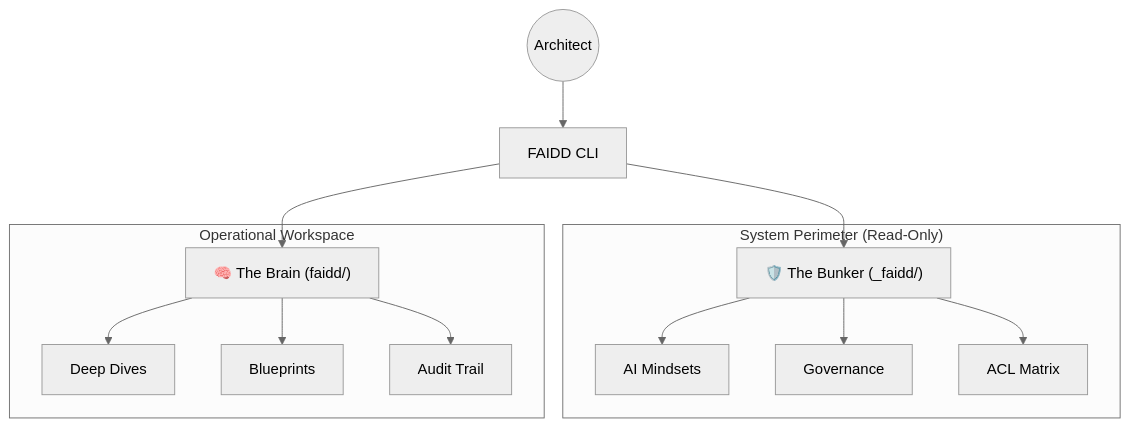
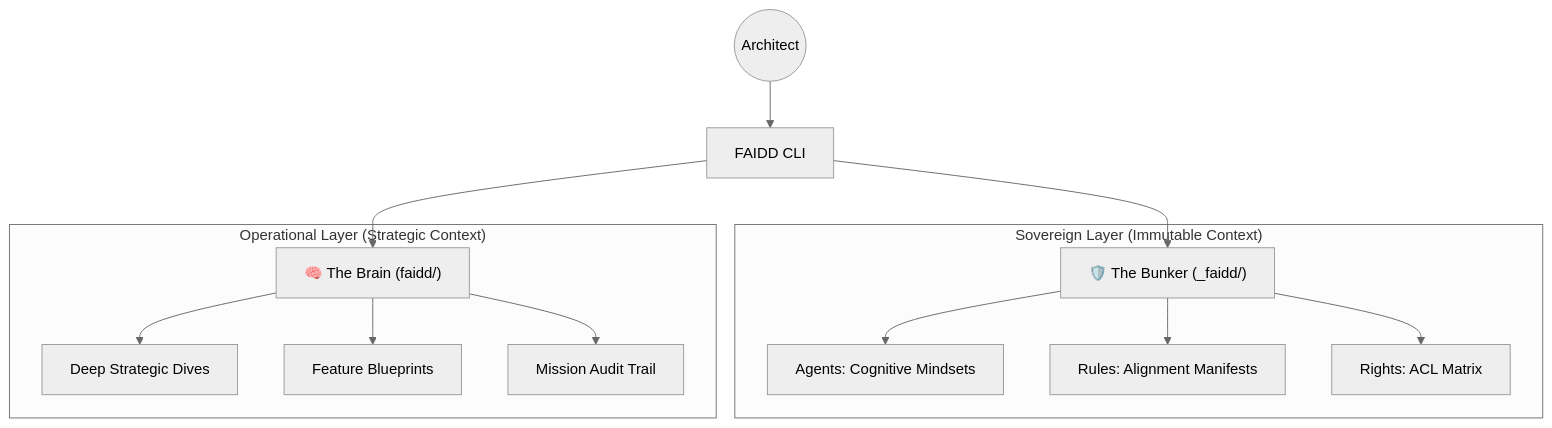
The diagram in README.md (faidd/faidd), drawn with Mermaid (neutral theme) before and after one commit. The commit also changed other lines of this file, not shown here.

````diff
--- a/README.md
+++ b/README.md
@@ -33,18 +49,18 @@
 ```mermaid
 graph TD
     User((Architect)) --> CLI[FAIDD CLI]
     CLI --> Bunker["🛡️ The Bunker (_faidd/)"]
     CLI --> Brain["🧠 The Brain (faidd/)"]
     
-    subgraph "System Perimeter (Read-Only)"
-    Bunker --> Agents[AI Mindsets]
-    Bunker --> Rules[Governance]
-    Bunker --> Rights[ACL Matrix]
+    subgraph "Sovereign Layer (Immutable Context)"
+    Bunker --> Agents["Agents: Cognitive Mindsets"]
+    Bunker --> Rules["Rules: Alignment Manifests"]
+    Bunker --> Rights["Rights: ACL Matrix"]
     end
     
-    subgraph "Operational Workspace"
-    Brain --> Analysis[Deep Dives]
-    Brain --> Planning[Blueprints]
-    Brain --> Ledger[Audit Trail]
+    subgraph "Operational Layer (Strategic Context)"
+    Brain --> Analysis["Deep Strategic Dives"]
+    Brain --> Planning["Feature Blueprints"]
+    Brain --> Ledger["Mission Audit Trail"]
     end
 ```
````
